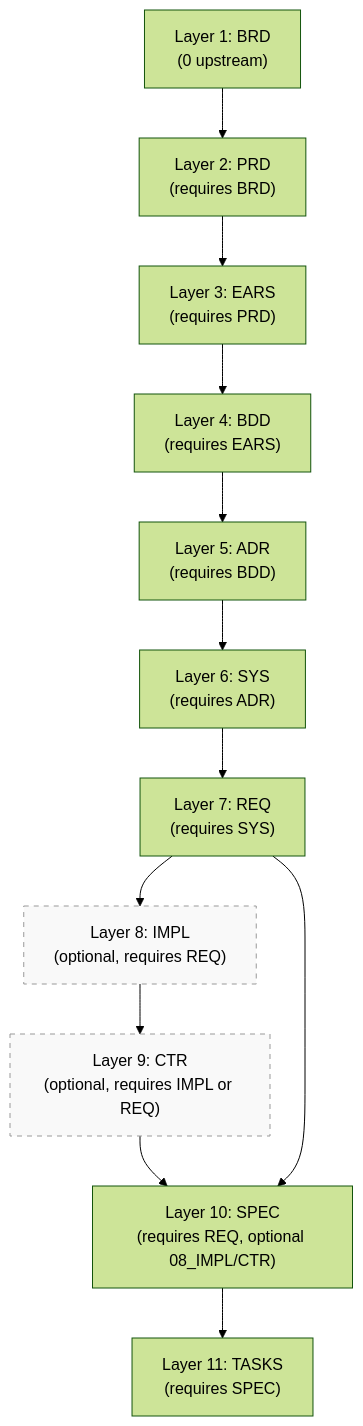
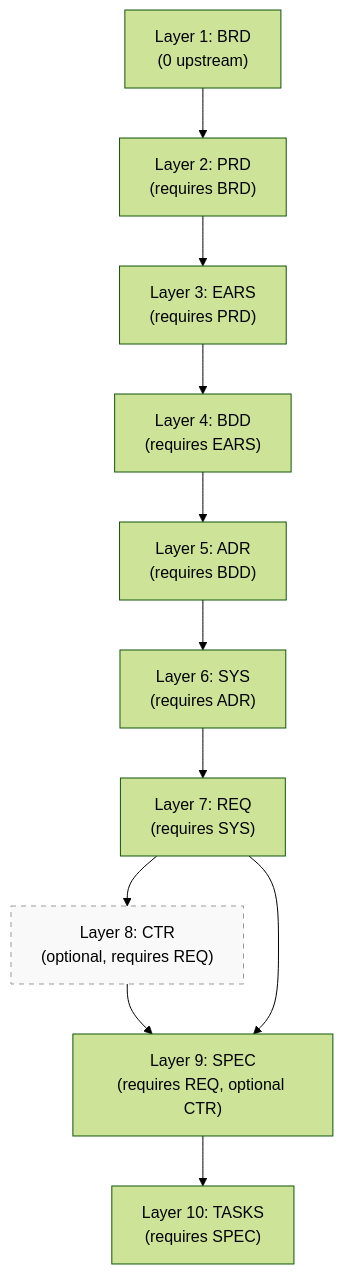
One commit to vladm3105/aidoc-flow-framework changed the second of 2 diagrams in ai_dev_flow/05_ADR/ADR-00_ai_powered_documentation_assistant_architecture.md. Above: the diagram before and after it, drawn with Mermaid (forest theme). The commit also changed 146 other files, not shown here.

Commit message:
refactor: Restructure documentation framework by reordering CTR, SPEC, and TASKS layers and removing the IMPL layer.

````diff
--- a/ai_dev_flow/05_ADR/ADR-00_ai_powered_documentation_assistant_architecture.md
+++ b/ai_dev_flow/05_ADR/ADR-00_ai_powered_documentation_assistant_architecture.md
@@ -290,21 +290,20 @@
 ```mermaid
 flowchart TB
     L1["Layer 1: BRD<br/>(0 upstream)"]
     L2["Layer 2: PRD<br/>(requires BRD)"]
     L3["Layer 3: EARS<br/>(requires PRD)"]
     L4["Layer 4: BDD<br/>(requires EARS)"]
     L5["Layer 5: ADR<br/>(requires BDD)"]
     L6["Layer 6: SYS<br/>(requires ADR)"]
     L7["Layer 7: REQ<br/>(requires SYS)"]
-    L8["Layer 8: IMPL<br/>(optional, requires REQ)"]:::optional
-    L9["Layer 9: CTR<br/>(optional, requires IMPL or REQ)"]:::optional
-    L10["Layer 10: SPEC<br/>(requires REQ, optional 08_IMPL/CTR)"]
-    L11["Layer 11: TASKS<br/>(requires SPEC)"]
+    L8["Layer 8: CTR<br/>(optional, requires REQ)"]:::optional
+    L9["Layer 9: SPEC<br/>(requires REQ, optional CTR)"]
+    L10["Layer 10: TASKS<br/>(requires SPEC)"]
 
     L1 --> L2 --> L3 --> L4 --> L5 --> L6 --> L7
-    L7 --> L8 --> L9 --> L10
-    L7 --> L10
-    L10 --> L11
+    L7 --> L8 --> L9
+    L7 --> L9
+    L9 --> L10
 
     classDef optional fill:#f9f9f9,stroke:#999,stroke-dasharray: 5 5
 ```
````
